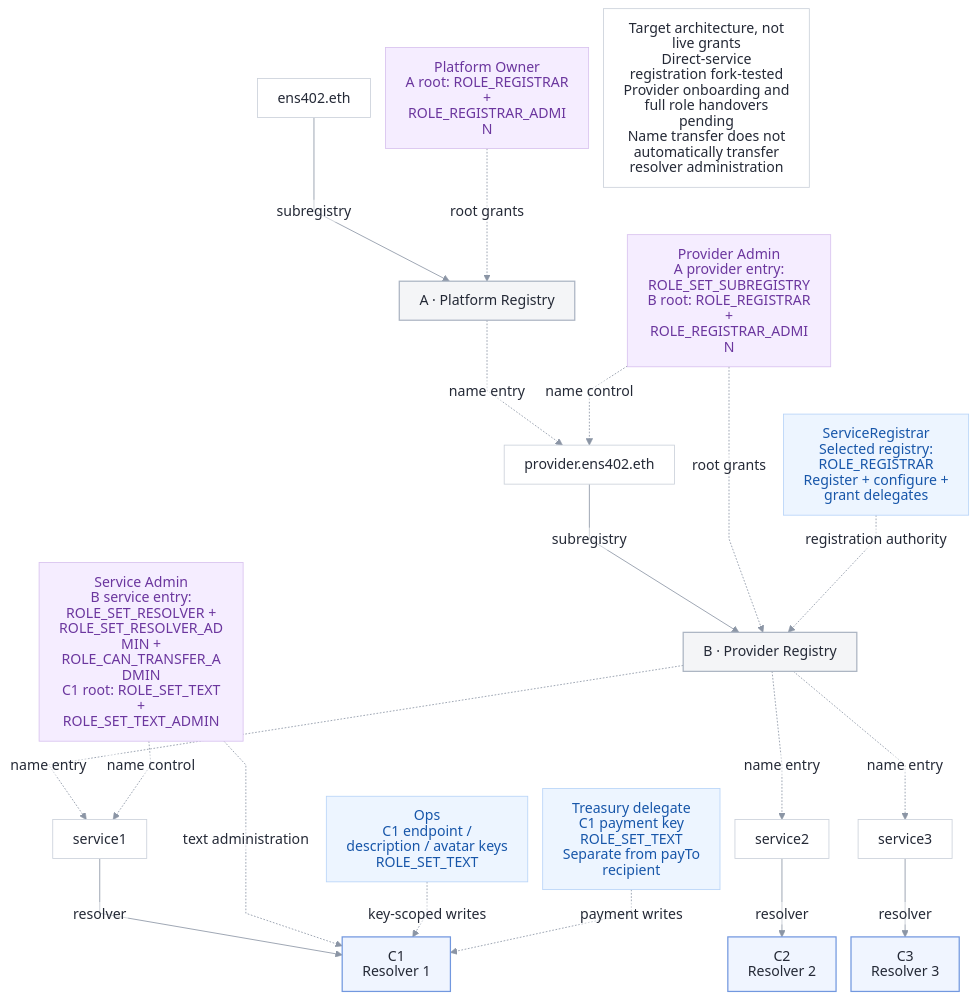
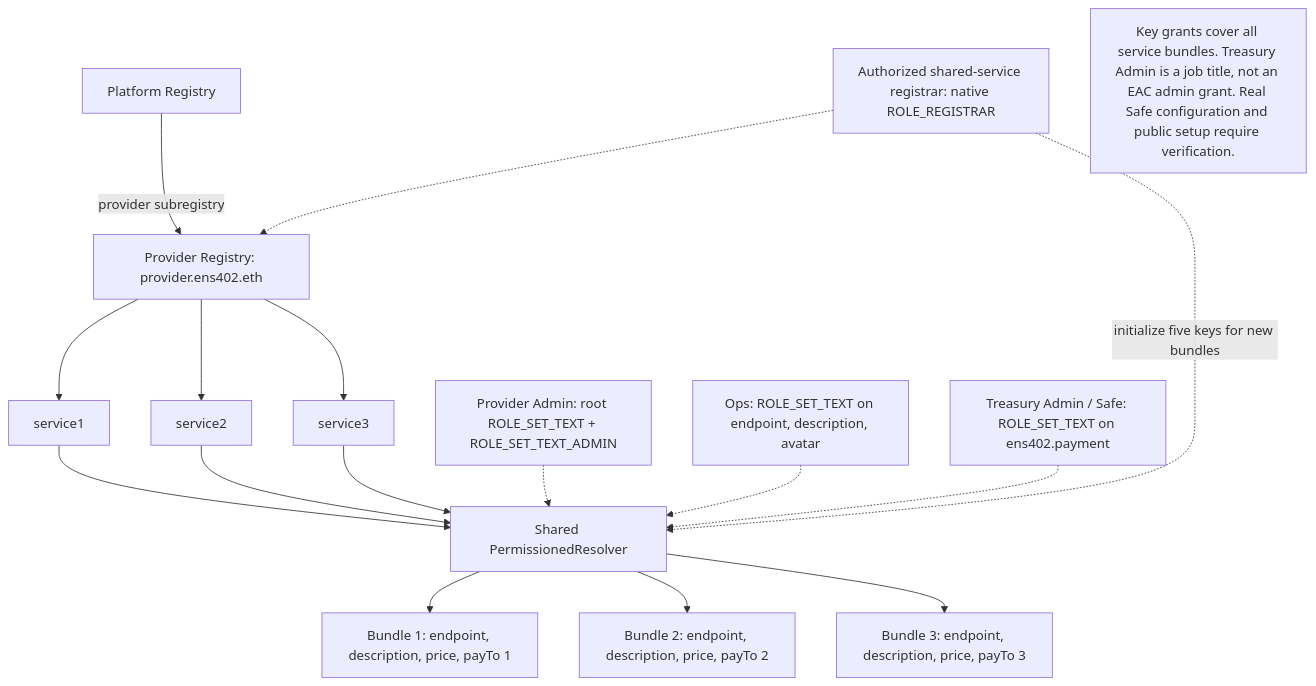
The diagram in apps/web/public/diagrams/ens402-contracts.mmd (kevinsslin/ens402), drawn with Mermaid before and after one commit. The commit also changed 95 other files, not shown here.

Commit message:
Build shared-provider discovery and native ENS permission blueprint

```diff
--- a/apps/web/public/diagrams/ens402-contracts.mmd
+++ b/apps/web/public/diagrams/ens402-contracts.mmd
@@ -1,64 +1,21 @@
----
-config:
-  htmlLabels: false
-  theme: base
-  fontFamily: Arial, sans-serif
-  themeCSS: "text { font-family: Arial, sans-serif; }"
-  themeVariables:
-    fontFamily: 'Inter, Arial, sans-serif'
-    fontSize: 17px
-    primaryColor: '#ffffff'
-    primaryTextColor: '#242936'
-    primaryBorderColor: '#cbd1da'
-    lineColor: '#8b95a5'
-    edgeLabelBackground: '#ffffff'
-  flowchart:
-    htmlLabels: false
-    curve: linear
-    nodeSpacing: 18
-    rankSpacing: 30
-    padding: 12
----
 flowchart TB
-  accTitle: ENS402 namespace and contract tree
-  accDescr: ens402.eth points to Platform Registry A. Its provider name points to Provider Registry B. Three service names each point to a separate resolver C1, C2 or C3. Each resolver stores an API URL, payment settings and status. Wallet permissions are listed separately below the diagram.
-  parent["ens402.eth"]
-  platform["A · Platform Registry"]
-  provider["provider.ens402.eth"]
-  registry["B · Provider Registry"]
-  s1["service1"]
-  s2["service2"]
-  s3["service3"]
-  r1["C1<br/>Resolver 1"]
-  r2["C2<br/>Resolver 2"]
-  r3["C3<br/>Resolver 3"]
-  parent -->|subregistry| platform
-  platform -.->|name entry| provider
-  provider -->|subregistry| registry
-  registry -.->|name entry| s1 & s2 & s3
-  s1 -->|resolver| r1
-  s2 -->|resolver| r2
-  s3 -->|resolver| r3
-  classDef registry fill:#f4f5f7,stroke:#abb4c2,stroke-width:1.5px
-  classDef resolver fill:#f0f5ff,stroke:#7298df,stroke-width:1.5px
-  class platform,registry registry
-  class r1,r2,r3 resolver
-  platformOwner["Platform Owner<br/>A root: ROLE_REGISTRAR + ROLE_REGISTRAR_ADMIN"]
-  providerAdmin["Provider Admin<br/>A provider entry: ROLE_SET_SUBREGISTRY<br/>B root: ROLE_REGISTRAR + ROLE_REGISTRAR_ADMIN"]
-  serviceAdmin["Service Admin<br/>B service entry: ROLE_SET_RESOLVER + ROLE_SET_RESOLVER_ADMIN + ROLE_CAN_TRANSFER_ADMIN<br/>C1 root: ROLE_SET_TEXT + ROLE_SET_TEXT_ADMIN"]
-  ops["Ops<br/>C1 endpoint / description / avatar keys<br/>ROLE_SET_TEXT"]
-  treasury["Treasury delegate<br/>C1 payment key<br/>ROLE_SET_TEXT<br/>Separate from payTo recipient"]
-  registrar["ServiceRegistrar<br/>Selected registry: ROLE_REGISTRAR<br/>Register + configure + grant delegates"]
-  platformOwner -.->|root grants| platform
-  providerAdmin -.->|name control| provider
-  providerAdmin -.->|root grants| registry
-  serviceAdmin -.->|name control| s1
-  serviceAdmin -.->|text administration| r1
-  ops -.->|key-scoped writes| r1
-  treasury -.->|payment writes| r1
-  registrar -.->|registration authority| registry
-  status["Target architecture, not live grants<br/>Direct-service registration fork-tested<br/>Provider onboarding and full role handovers pending<br/>Name transfer does not automatically transfer resolver administration"]
-  classDef wallet fill:#f5edff,stroke:#d8c2ef,color:#6b369e
-  classDef delegate fill:#edf5ff,stroke:#b8d4f8,color:#1756a9
-  class platformOwner,providerAdmin,serviceAdmin wallet
-  class ops,treasury,registrar delegate
+  accTitle: ENS402 shared provider resolver model
+  accDescr: Platform and provider registries route service names to one shared resolver per provider. Each service has a separate record bundle. Ops and Treasury Safe have distinct key-scoped writer roles across all bundles.
+  platform["Platform Registry"]
+  provider["Provider Registry: provider.ens402.eth"]
+  platform -->|provider subregistry| provider
+  provider --> s1["service1"]
+  provider --> s2["service2"]
+  provider --> s3["service3"]
+  s1 --> shared["Shared PermissionedResolver"]
+  s2 --> shared
+  s3 --> shared
+  shared --> b1["Bundle 1: endpoint, description, price, payTo 1"]
+  shared --> b2["Bundle 2: endpoint, description, price, payTo 2"]
+  shared --> b3["Bundle 3: endpoint, description, price, payTo 3"]
+  admin["Provider Admin: root ROLE_SET_TEXT + ROLE_SET_TEXT_ADMIN"] -.-> shared
+  ops["Ops: ROLE_SET_TEXT on endpoint, description, avatar"] -.-> shared
+  safe["Treasury Admin / Safe: ROLE_SET_TEXT on ens402.payment"] -.-> shared
+  registrar["Authorized shared-service registrar: native ROLE_REGISTRAR"] -.-> provider
+  registrar -.->|initialize five keys for new bundles| shared
+  note["Key grants cover all service bundles. Treasury Admin is a job title, not an EAC admin grant. Real Safe configuration and public setup require verification."]
```
